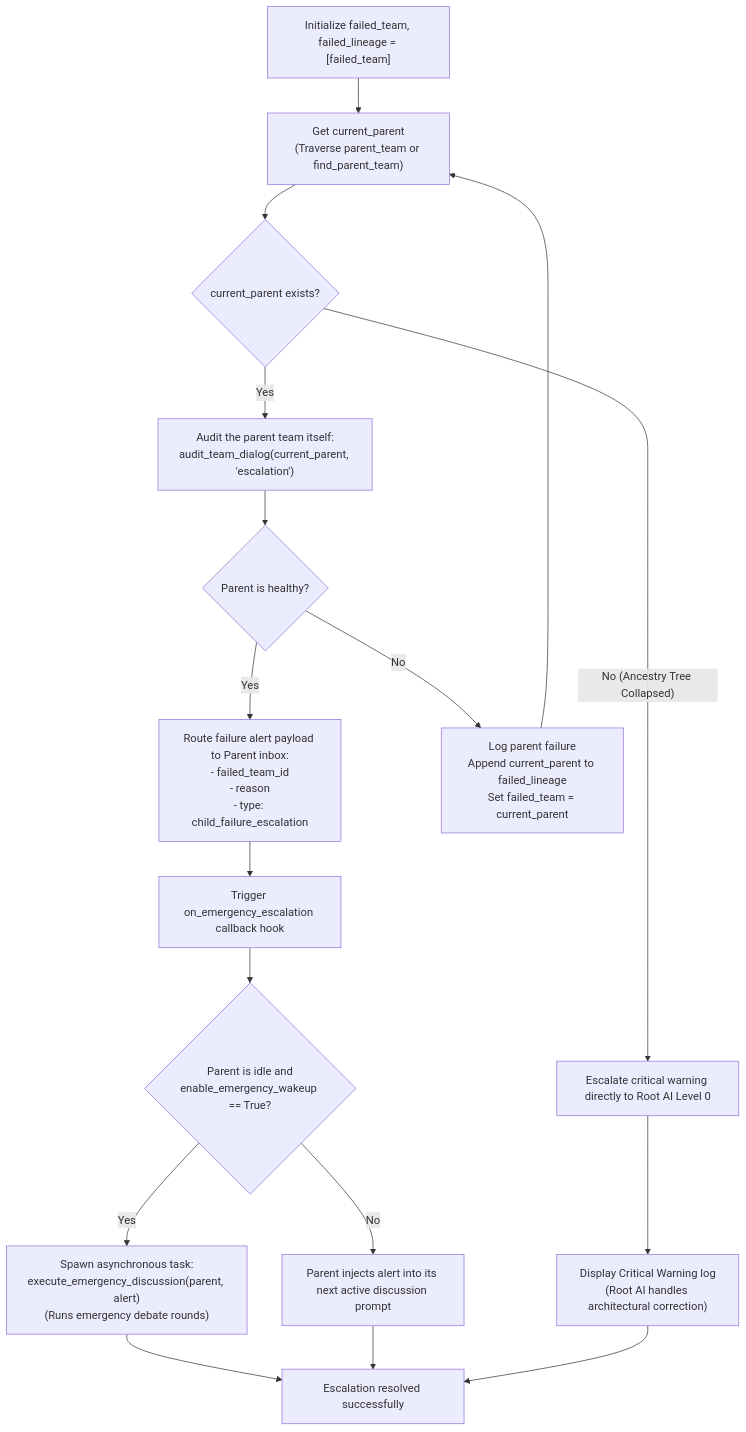
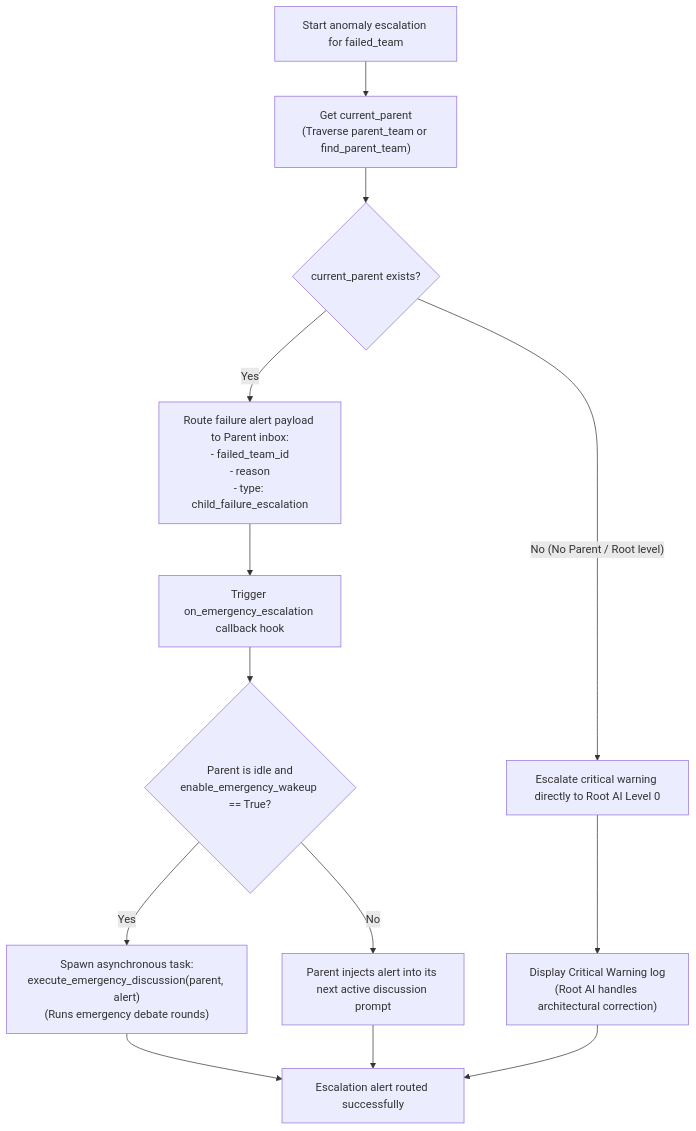
Before and after one commit to AI-Team-Team/AI-Team-Team: the second of 3 diagrams in docs/flowcharts/Supervision_and_Emergencies.md, drawn with Mermaid. The commit also changed other lines of this file, not shown here.

Commit message:
docs(flowcharts): update supervision flowchart to match async parent escalation
Align the Mermaid diagram in Supervision_and_Emergencies.md with the actual python implementation in supervision.py.

The report_anomaly process routes failure alerts asynchronously to the direct parent inbox and returns immediately, rather than climbing the lineage tree with synchronous recursive health audits.

````diff
--- a/docs/flowcharts/Supervision_and_Emergencies.md
+++ b/docs/flowcharts/Supervision_and_Emergencies.md
@@ -43,28 +43,21 @@
 ```mermaid
 flowchart TD
-    StartClimb["Initialize failed_team, failed_lineage = [failed_team]"] --> ResolveParent["Get current_parent\n(Traverse parent_team or find_parent_team)"]
+    StartClimb["Start anomaly escalation for failed_team"] --> ResolveParent["Get current_parent\n(Traverse parent_team or find_parent_team)"]
     
     ResolveParent --> ParentExists{"current_parent exists?"}
     
-    ParentExists -- "Yes" --> AuditParent["Audit the parent team itself:\naudit_team_dialog(current_parent, 'escalation')"]
-    
-    AuditParent --> ParentHealthy{"Parent is healthy?"}
-    
-    ParentHealthy -- "Yes" --> RouteAlert["Route failure alert payload to Parent inbox:\n- failed_team_id\n- reason\n- type: child_failure_escalation"]
+    ParentExists -- "Yes" --> RouteAlert["Route failure alert payload to Parent inbox:\n- failed_team_id\n- reason\n- type: child_failure_escalation"]
     RouteAlert --> TriggerCallback["Trigger on_emergency_escalation callback hook"]
     
     TriggerCallback --> WakeupGate{"Parent is idle and\nenable_emergency_wakeup == True?"}
     
     WakeupGate -- "Yes" --> EmergencyDiscussion["Spawn asynchronous task:\nexecute_emergency_discussion(parent, alert)\n(Runs emergency debate rounds)"]
     WakeupGate -- "No" --> ParentPrepend["Parent injects alert into its next active discussion prompt"]
     
-    EmergencyDiscussion --> End["Escalation resolved successfully"]
-    ParentPrepend --> End["Escalation resolved successfully"]
+    EmergencyDiscussion --> End["Escalation alert routed successfully"]
+    ParentPrepend --> End["Escalation alert routed successfully"]
     
-    ParentHealthy -- "No" --> LogBrokenParent["Log parent failure\nAppend current_parent to failed_lineage\nSet failed_team = current_parent"]
-    LogBrokenParent --> ResolveParent
-    
-    ParentExists -- "No (Ancestry Tree Collapsed)" --> AlertRootAI["Escalate critical warning directly to Root AI Level 0"]
+    ParentExists -- "No (No Parent / Root level)" --> AlertRootAI["Escalate critical warning directly to Root AI Level 0"]
     AlertRootAI --> RootAlert["Display Critical Warning log\n(Root AI handles architectural correction)"]
     RootAlert --> End
 ```
````
